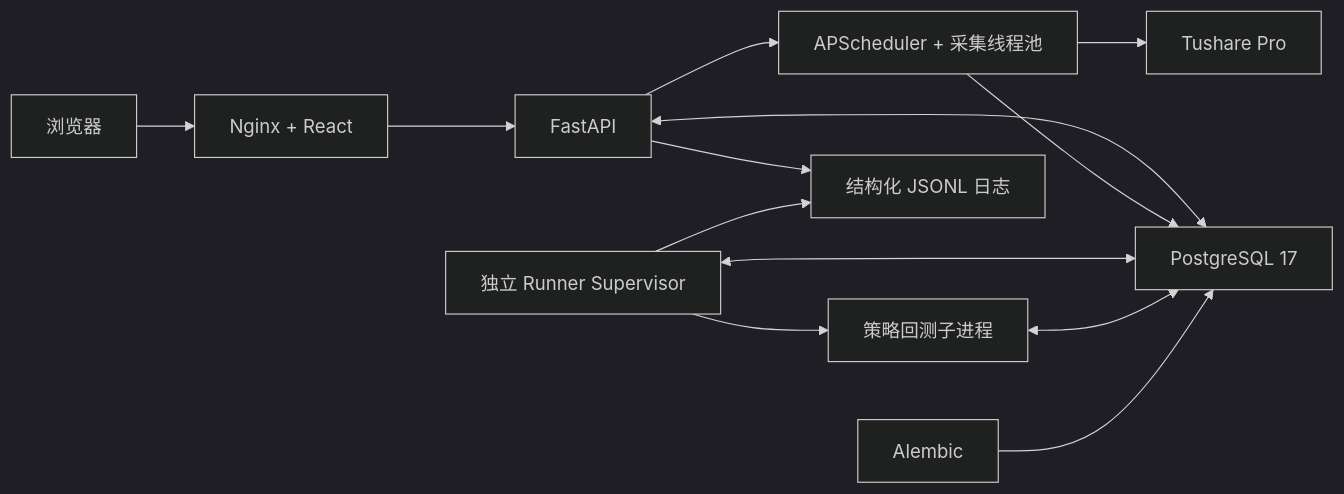
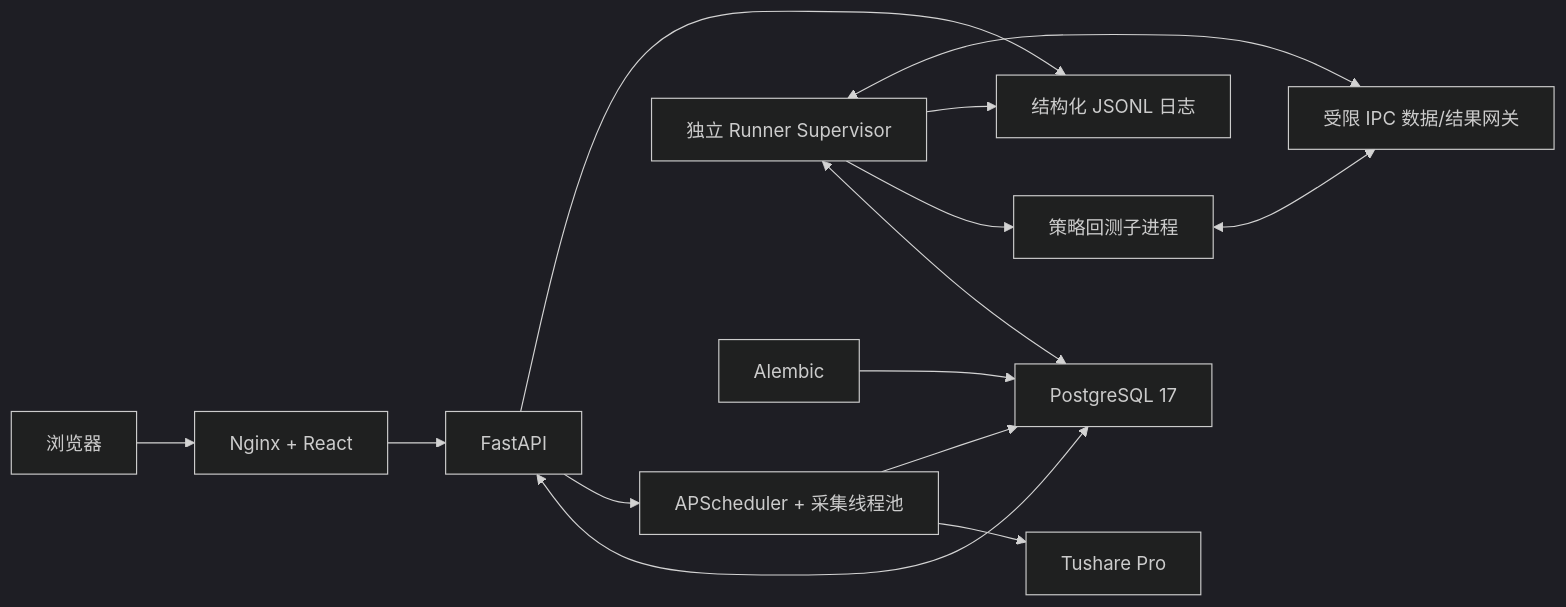
One commit to Li2Wh1te/quant-foundry changed the second of 2 diagrams in README.md. Above: the diagram before and after it, drawn with Mermaid (dark theme). The commit also changed other lines of this file and 265 other files, not shown here.

````diff
--- a/README.md
+++ b/README.md
@@ -348,15 +336,16 @@
 ```mermaid
 flowchart LR
     Browser["浏览器"] --> Frontend["Nginx + React"]
     Frontend --> Backend["FastAPI"]
     Backend <--> Database["PostgreSQL 17"]
     Backend --> Scheduler["APScheduler + 采集线程池"]
     Scheduler --> Source["Tushare Pro"]
     Scheduler --> Database
     Runner["独立 Runner Supervisor"] <--> Database
     Runner --> Worker["策略回测子进程"]
-    Worker <--> Database
+    Worker <--> Gateway["受限 IPC 数据/结果网关"]
+    Gateway <--> Runner
     Backend --> Logs["结构化 JSONL 日志"]
     Runner --> Logs
     Migration["Alembic"] --> Database
 ```
````
